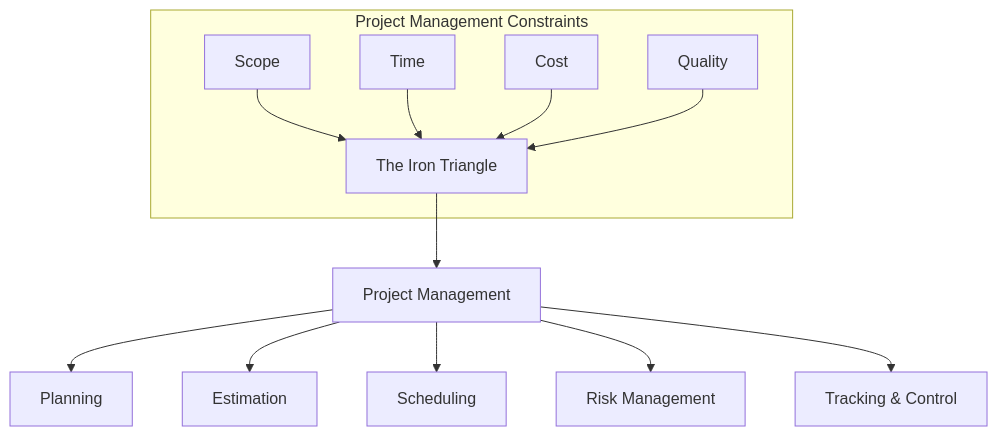
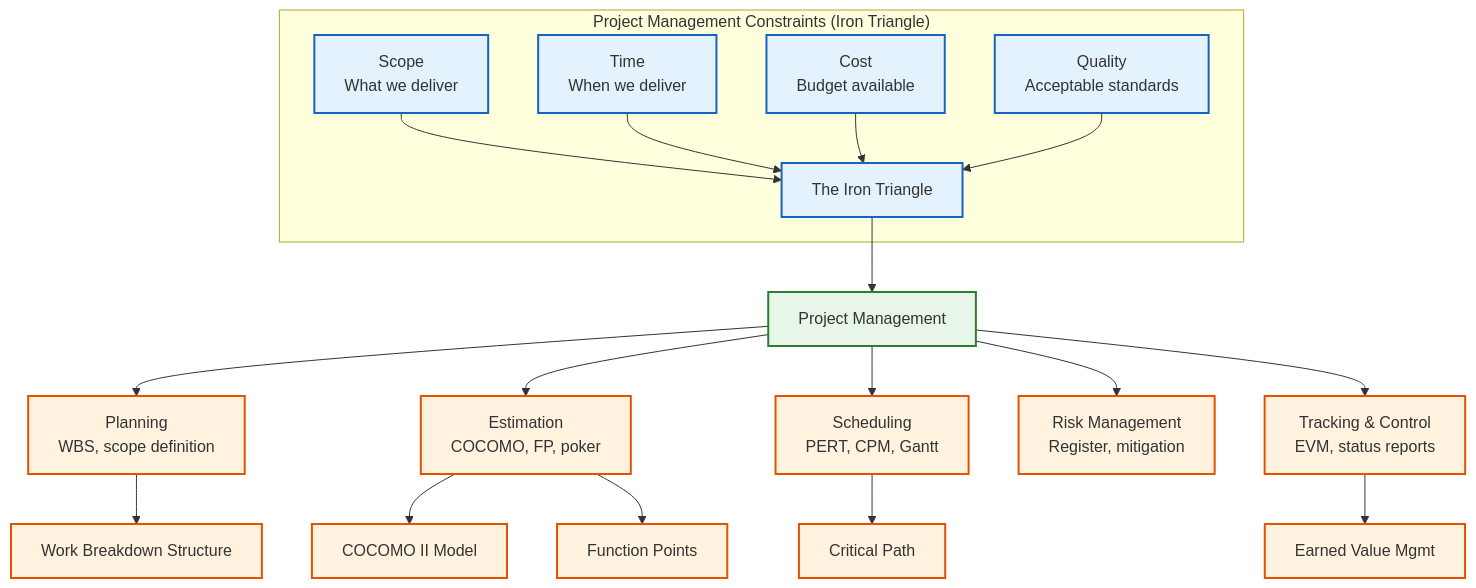
Before and after one commit to Raushan666java/ai-engineering-journey: the first of 4 diagrams in docs/courses/software-engineering/08-project-management.md, drawn with Mermaid. The commit also changed other lines of this file and 15 other files, not shown here.

Commit message:
deploy: software-engineering overhaul - 16 chapters expanded to avg 1284L (+7649L), richer Mermaid, more TS, deeper content

````diff
--- a/docs/courses/software-engineering/08-project-management.md
+++ b/docs/courses/software-engineering/08-project-management.md
@@ -20,15 +22,26 @@
 ```mermaid
 graph TD
-    subgraph "Project Management Constraints"
-        SCOPE[Scope] --> TRIANGLE[The Iron Triangle]
-        TIME[Time] --> TRIANGLE
-        COST[Cost] --> TRIANGLE
-        QUALITY[Quality] --> TRIANGLE
+    classDef constraint fill:#e3f2fd,stroke:#1565c0,stroke-width:2px
+    classDef pm fill:#e8f5e9,stroke:#2e7d32,stroke-width:2px
+    classDef activity fill:#fff3e0,stroke:#e65100,stroke-width:2px
+
+    subgraph "Project Management Constraints (Iron Triangle)"
+        SCOPE[Scope<br>What we deliver]:::constraint --> TRIANGLE[The Iron Triangle]:::constraint
+        TIME[Time<br>When we deliver]:::constraint --> TRIANGLE
+        COST[Cost<br>Budget available]:::constraint --> TRIANGLE
+        QUALITY[Quality<br>Acceptable standards]:::constraint --> TRIANGLE
     end
-    TRIANGLE --> PM[Project Management]
-    PM --> PLAN[Planning]
-    PM --> EST[Estimation]
-    PM --> SCH[Scheduling]
-    PM --> RISK[Risk Management]
-    PM --> TRACK[Tracking & Control]
+    
+    TRIANGLE --> PM[Project Management]:::pm
+    PM --> PLAN[Planning<br>WBS, scope definition]:::activity
+    PM --> EST[Estimation<br>COCOMO, FP, poker]:::activity
+    PM --> SCH[Scheduling<br>PERT, CPM, Gantt]:::activity
+    PM --> RISK[Risk Management<br>Register, mitigation]:::activity
+    PM --> TRACK[Tracking & Control<br>EVM, status reports]:::activity
+    
+    PLAN --> WBS[Work Breakdown Structure]:::activity
+    EST --> COCOMO[COCOMO II Model]:::activity
+    EST --> FP[Function Points]:::activity
+    SCH --> CRITICAL[Critical Path]:::activity
+    TRACK --> EVM[Earned Value Mgmt]:::activity
 ```
````
